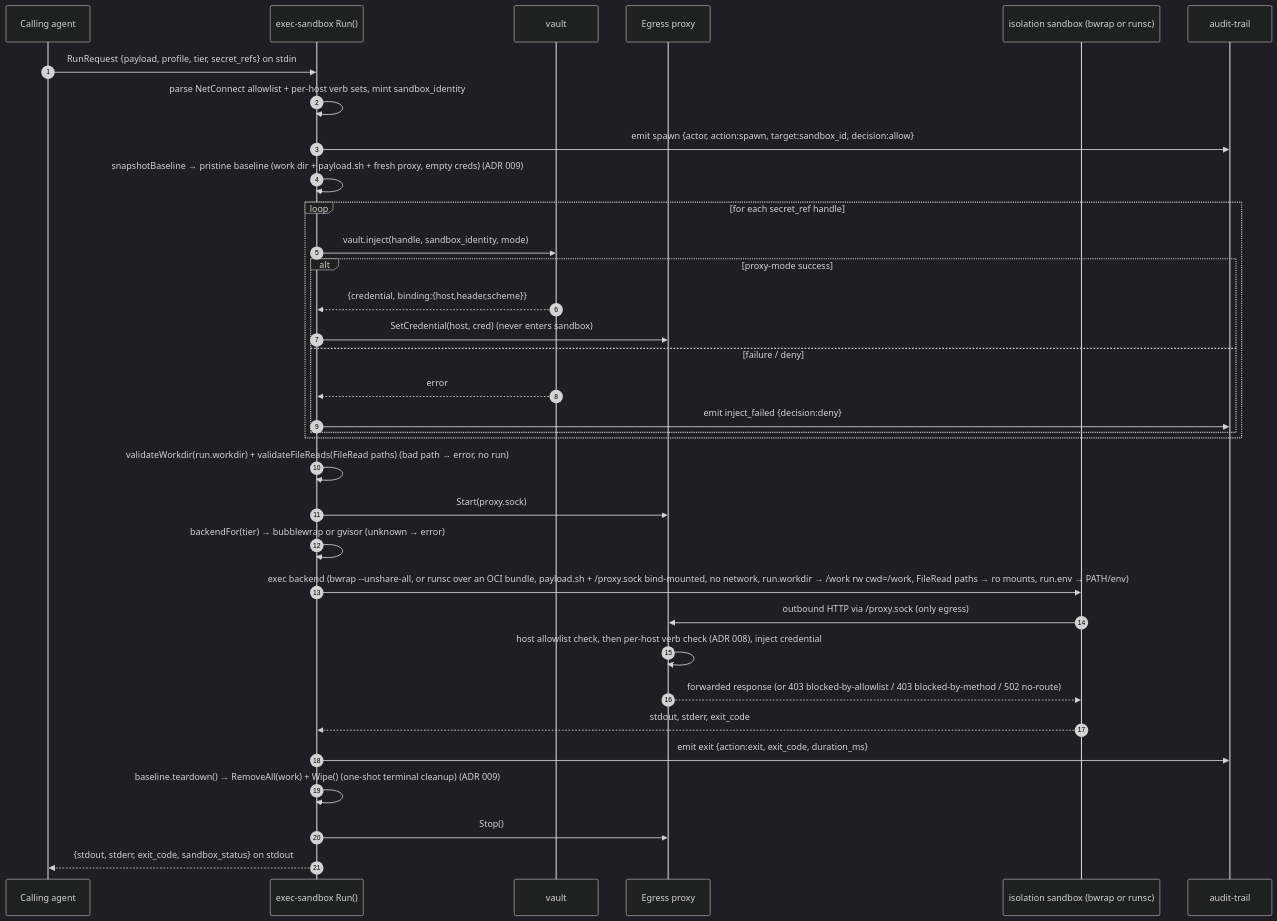
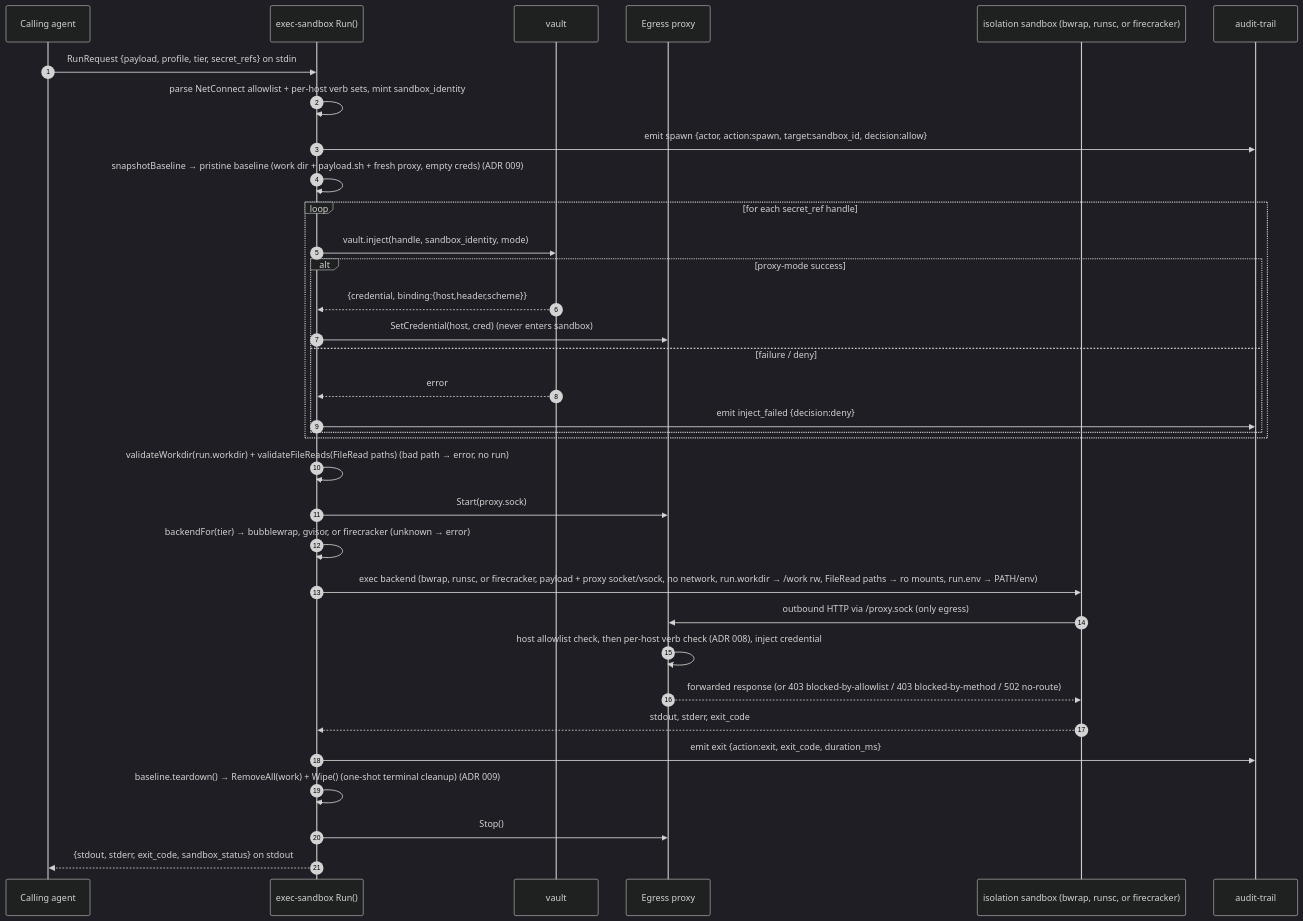
Before and after one commit to tkdtaylor/exec-sandbox: the fourth of 4 diagrams in docs/architecture/diagrams.md, drawn with Mermaid (dark theme). The commit also changed other lines of this file and 8 other files, not shown here.

Commit message:
docs: resolve post-task drift audit findings across specs and diagrams [allow-main]

````diff
--- a/docs/architecture/diagrams.md
+++ b/docs/architecture/diagrams.md
@@ -109,37 +113,37 @@
 ```mermaid
 sequenceDiagram
     autonumber
     participant Agent as Calling agent
     participant Run as exec-sandbox Run()
     participant Vault as vault
     participant Proxy as Egress proxy
-    participant Sbx as isolation sandbox (bwrap or runsc)
+    participant Sbx as isolation sandbox (bwrap, runsc, or firecracker)
     participant Audit as audit-trail
 
     Agent->>Run: RunRequest {payload, profile, tier, secret_refs} on stdin
     Run->>Run: parse NetConnect allowlist + per-host verb sets, mint sandbox_identity
     Run->>Audit: emit spawn {actor, action:spawn, target:sandbox_id, decision:allow}
     Run->>Run: snapshotBaseline → pristine baseline (work dir + payload.sh + fresh proxy, empty creds) (ADR 009)
     loop for each secret_ref handle
         Run->>Vault: vault.inject(handle, sandbox_identity, mode)
         alt proxy-mode success
             Vault-->>Run: {credential, binding:{host,header,scheme}}
             Run->>Proxy: SetCredential(host, cred) (never enters sandbox)
         else failure / deny
             Vault-->>Run: error
             Run->>Audit: emit inject_failed {decision:deny}
         end
     end
     Run->>Run: validateWorkdir(run.workdir) + validateFileReads(FileRead paths) (bad path → error, no run)
     Run->>Proxy: Start(proxy.sock)
-    Run->>Run: backendFor(tier) → bubblewrap or gvisor (unknown → error)
-    Run->>Sbx: exec backend (bwrap --unshare-all, or runsc over an OCI bundle, payload.sh + /proxy.sock bind-mounted, no network, run.workdir → /work rw cwd=/work, FileRead paths → ro mounts, run.env → PATH/env)
+    Run->>Run: backendFor(tier) → bubblewrap, gvisor, or firecracker (unknown → error)
+    Run->>Sbx: exec backend (bwrap, runsc, or firecracker, payload + proxy socket/vsock, no network, run.workdir → /work rw, FileRead paths → ro mounts, run.env → PATH/env)
     Sbx->>Proxy: outbound HTTP via /proxy.sock (only egress)
     Proxy->>Proxy: host allowlist check, then per-host verb check (ADR 008), inject credential
     Proxy-->>Sbx: forwarded response (or 403 blocked-by-allowlist / 403 blocked-by-method / 502 no-route)
     Sbx-->>Run: stdout, stderr, exit_code
     Run->>Audit: emit exit {action:exit, exit_code, duration_ms}
     Run->>Run: baseline.teardown() → RemoveAll(work) + Wipe() (one-shot terminal cleanup) (ADR 009)
     Run->>Proxy: Stop()
     Run-->>Agent: {stdout, stderr, exit_code, sandbox_status} on stdout
 ```
````
